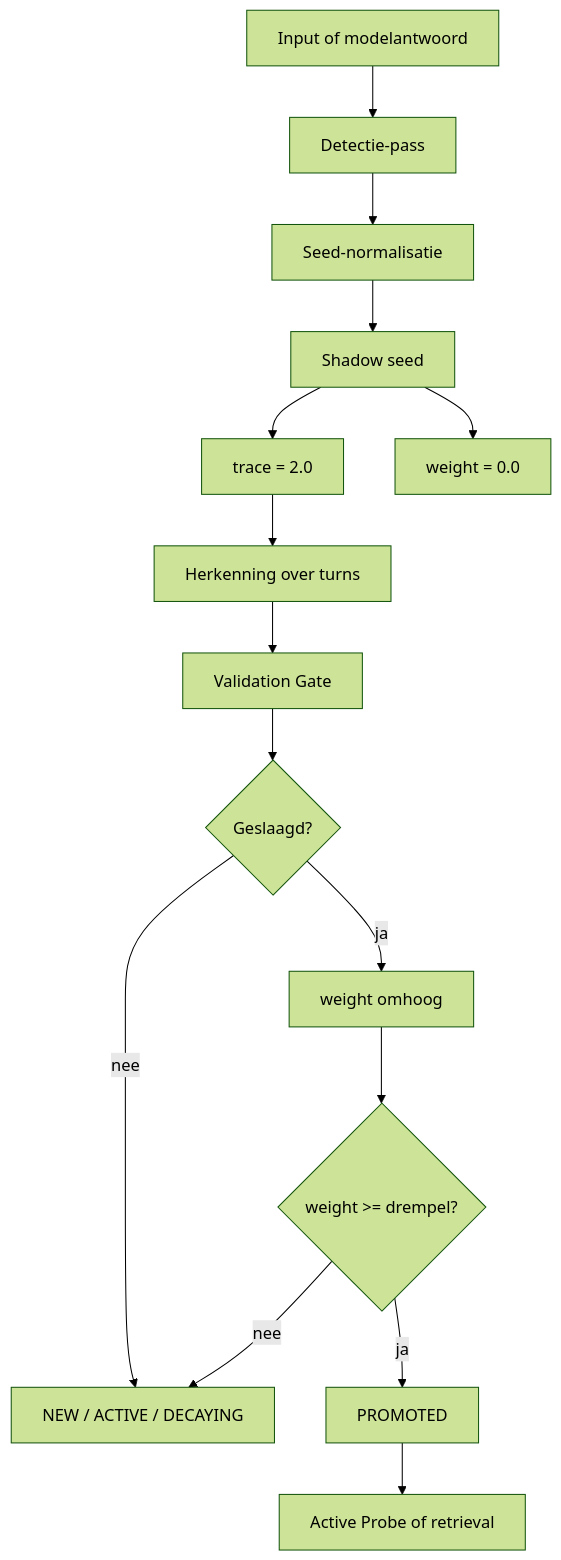
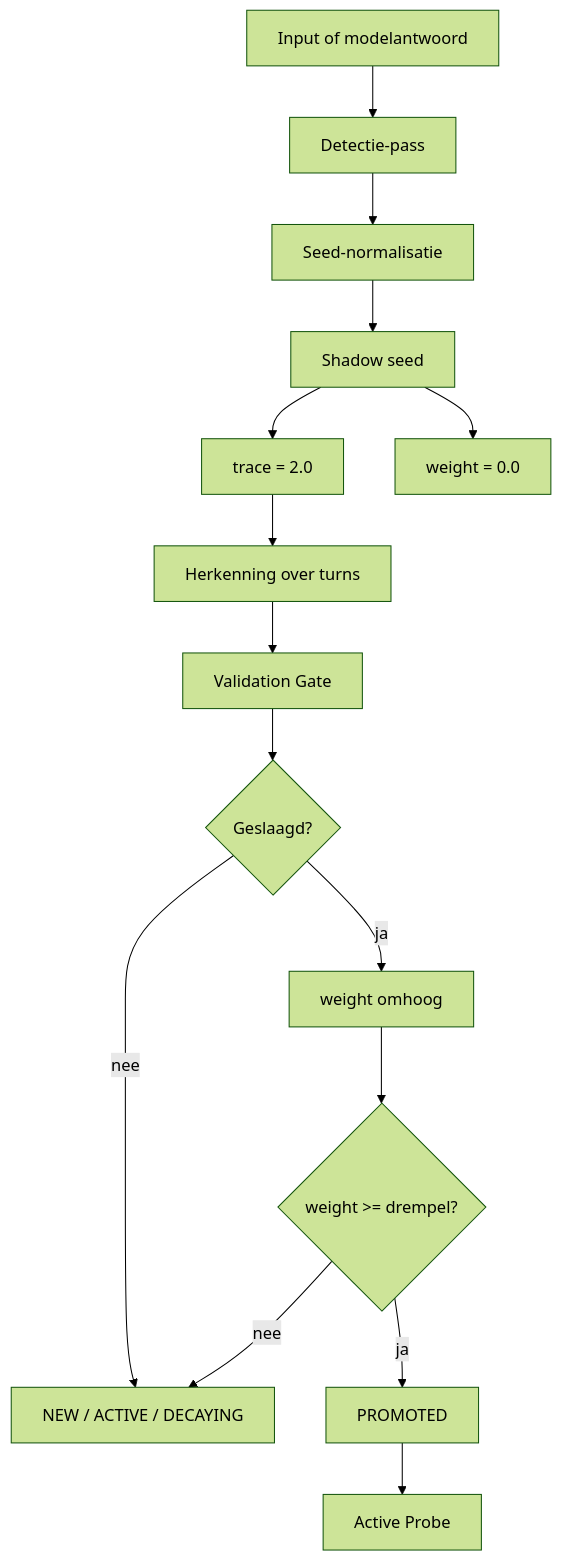
One commit to E-AI-MODEL/shadowseed changed the diagram in README.md. Above: the diagram before and after it, drawn with Mermaid (forest theme). The commit also changed other lines of this file, not shown here.

````diff
--- a/README.md
+++ b/README.md
@@ -48,17 +52,17 @@
 ```mermaid
 flowchart TD
     A[Input of modelantwoord] --> B[Detectie-pass]
     B --> C[Seed-normalisatie]
     C --> D[Shadow seed]
     D --> E[trace = 2.0]
     D --> F[weight = 0.0]
     E --> G[Herkenning over turns]
     G --> H[Validation Gate]
     H --> I{Geslaagd?}
     I -- nee --> J[NEW / ACTIVE / DECAYING]
     I -- ja --> K[weight omhoog]
     K --> L{weight >= drempel?}
     L -- nee --> J
     L -- ja --> M[PROMOTED]
-    M --> N[Active Probe of retrieval]
+    M --> N[Active Probe]
 ```
````
